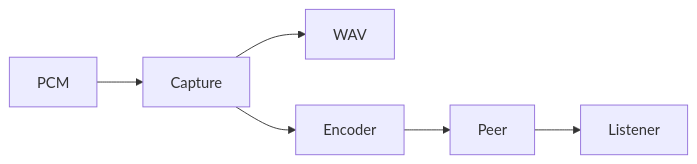
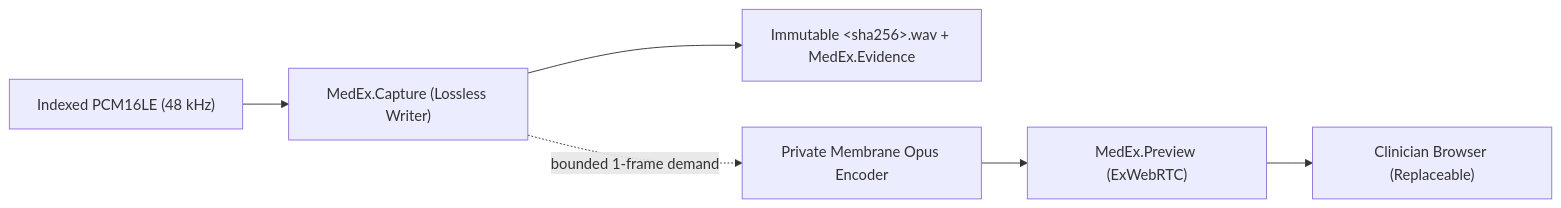
One commit to nshkrdotcom/med_ex changed the diagram in guides/architecture_and_roadmap.md. Above: the diagram before and after it, drawn with Mermaid. The commit also changed other lines of this file and 7 other files, not shown here.

Commit message:
Expand MedEx README, integration and architecture guides, and subproject docs

````diff
--- a/guides/architecture_and_roadmap.md
+++ b/guides/architecture_and_roadmap.md
@@ -7,6 +24,8 @@
 ```mermaid
 flowchart LR
-  PCM --> Capture
-  Capture --> WAV
-  Capture --> Encoder --> Peer --> Listener
+  PCM["Indexed PCM16LE (48 kHz)"] --> Capture["MedEx.Capture (Lossless Writer)"]
+  Capture --> WAV["Immutable &lt;sha256&gt;.wav + MedEx.Evidence"]
+  Capture -. "bounded 1-frame demand" .-> Encoder["Private Membrane Opus Encoder"]
+  Encoder --> Peer["MedEx.Preview (ExWebRTC)"]
+  Peer --> Listener["Clinician Browser (Replaceable)"]
 ```
````
